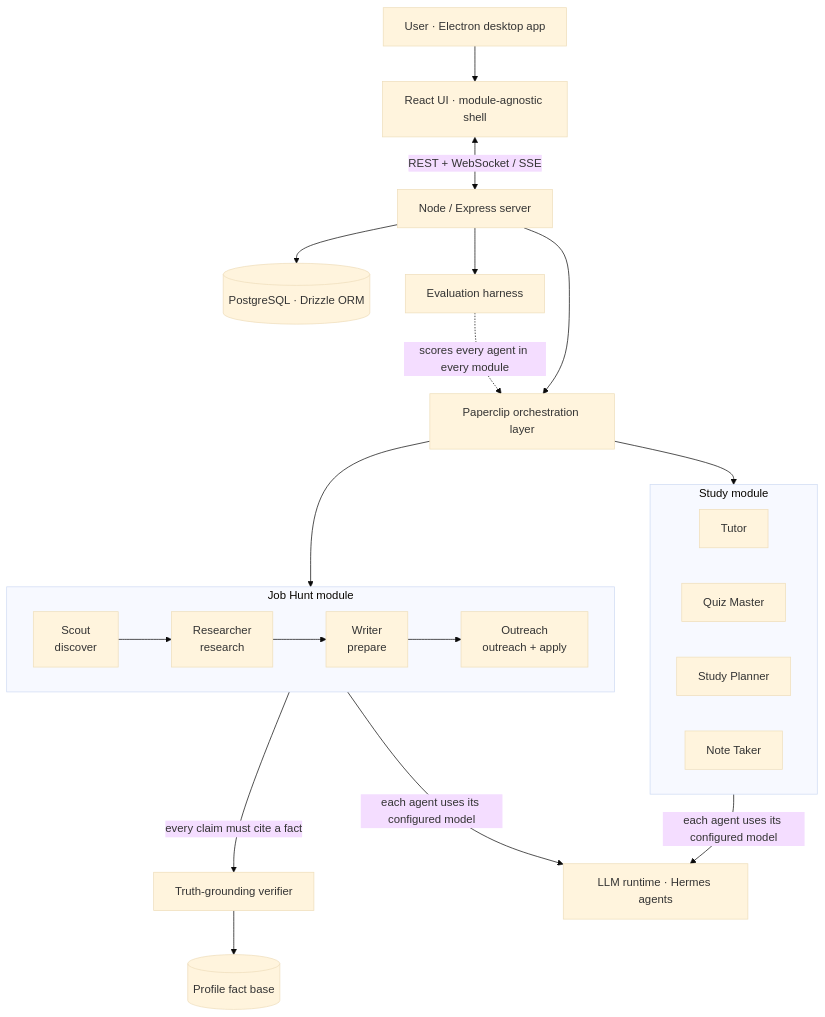
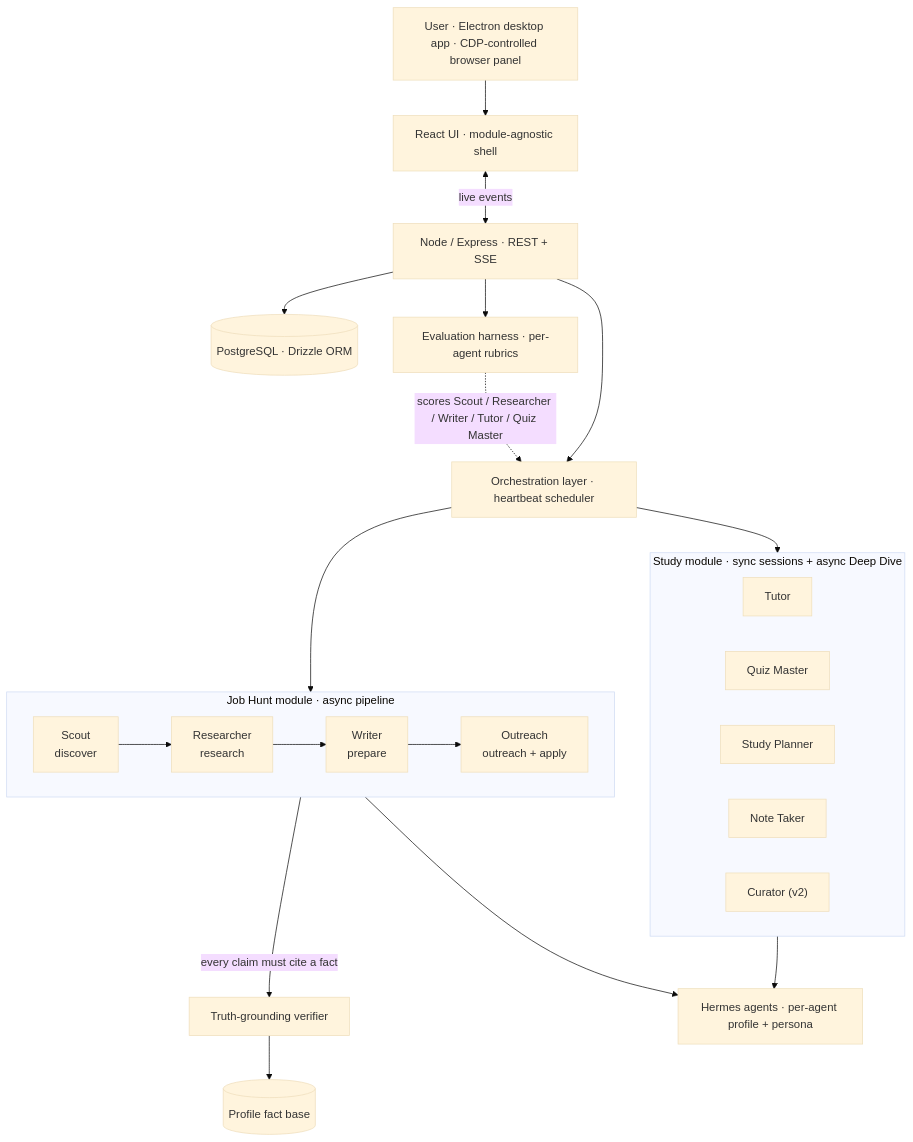
The diagram in README.md (christinthomasdev/fluid-portfolio), drawn with Mermaid (base theme) before and after one commit. The commit also changed other lines of this file, not shown here.

First line of the commit message:
Depth rewrite — anchor every claim in a real incident or number

````diff
--- a/README.md
+++ b/README.md
@@ -35,41 +33,42 @@
 ```mermaid
 flowchart TB
-    User["User · Electron desktop app"]
+    User["User · Electron desktop app · CDP-controlled browser panel"]
     UI["React UI · module-agnostic shell"]
-    Server["Node / Express server"]
+    Server["Node / Express · REST + SSE"]
     DB[("PostgreSQL · Drizzle ORM")]
-    Orchestrator["Paperclip orchestration layer"]
+    Orchestrator["Orchestration layer · heartbeat scheduler"]
     Verifier["Truth-grounding verifier"]
     Facts[("Profile fact base")]
-    Evals["Evaluation harness"]
-    LLM["LLM runtime · Hermes agents"]
+    Evals["Evaluation harness · per-agent rubrics"]
+    LLM["Hermes agents · per-agent profile + persona"]
 
     User --> UI
-    UI <-->|"REST + WebSocket / SSE"| Server
+    UI <-->|"live events"| Server
     Server --> DB
     Server --> Orchestrator
     Server --> Evals
     Orchestrator --> JobHunt
     Orchestrator --> Study
 
-    subgraph JobHunt ["Job Hunt module"]
+    subgraph JobHunt ["Job Hunt module · async pipeline"]
         direction LR
         Scout["Scout<br/>discover"] --> Researcher["Researcher<br/>research"]
         Researcher --> Writer["Writer<br/>prepare"]
         Writer --> Outreach["Outreach<br/>outreach + apply"]
     end
 
-    subgraph Study ["Study module"]
+    subgraph Study ["Study module · sync sessions + async Deep Dive"]
         direction LR
         Tutor["Tutor"]
         Quiz["Quiz Master"]
         Planner["Study Planner"]
         Notes["Note Taker"]
+        Curator["Curator (v2)"]
     end
 
-    JobHunt -->|"each agent uses its configured model"| LLM
-    Study -->|"each agent uses its configured model"| LLM
+    JobHunt --> LLM
+    Study --> LLM
     Writer -->|"every claim must cite a fact"| Verifier
     Verifier --> Facts
-    Evals -.->|"scores every agent in every module"| Orchestrator
+    Evals -.->|"scores Scout / Researcher / Writer / Tutor / Quiz Master"| Orchestrator
 ```
````
